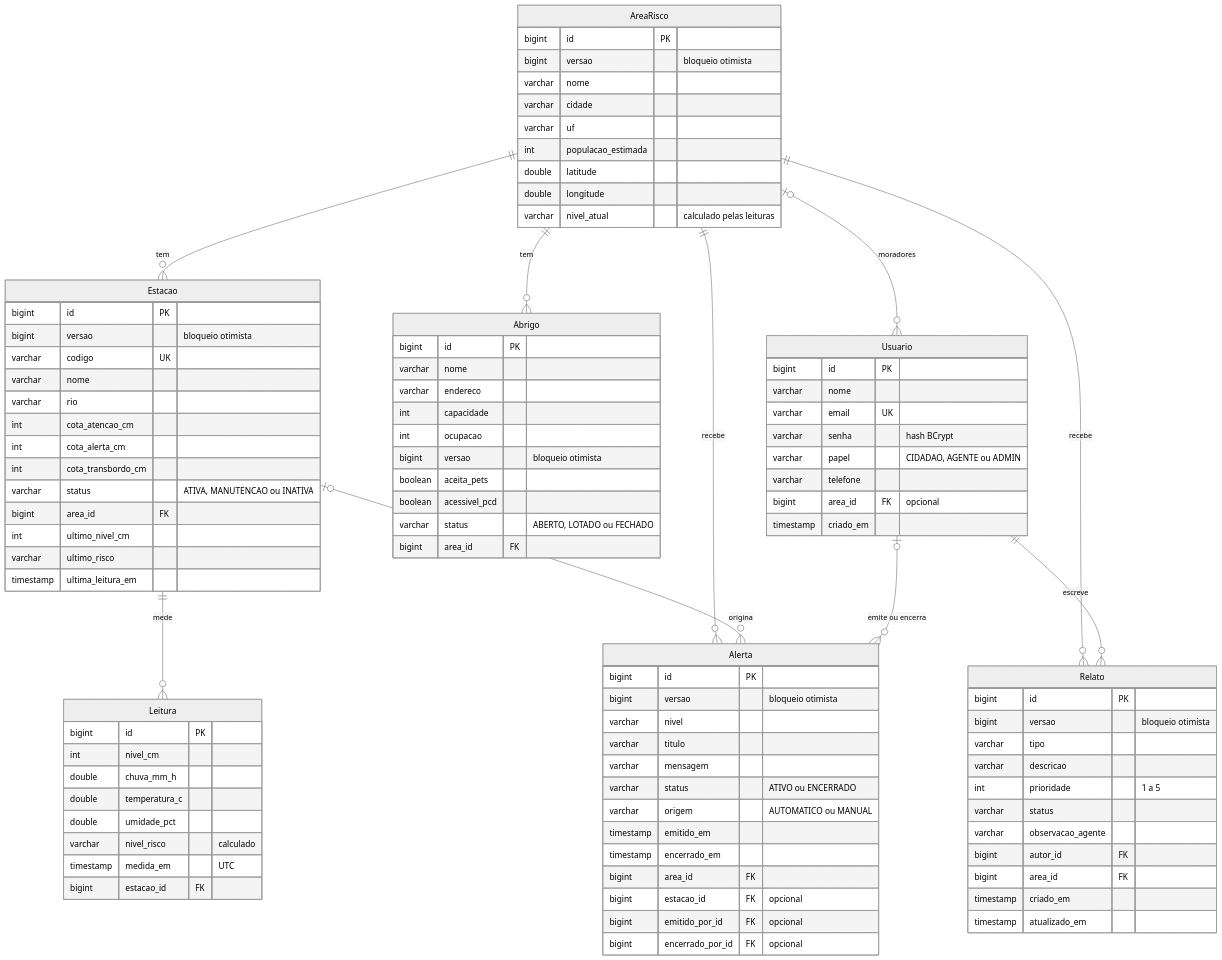
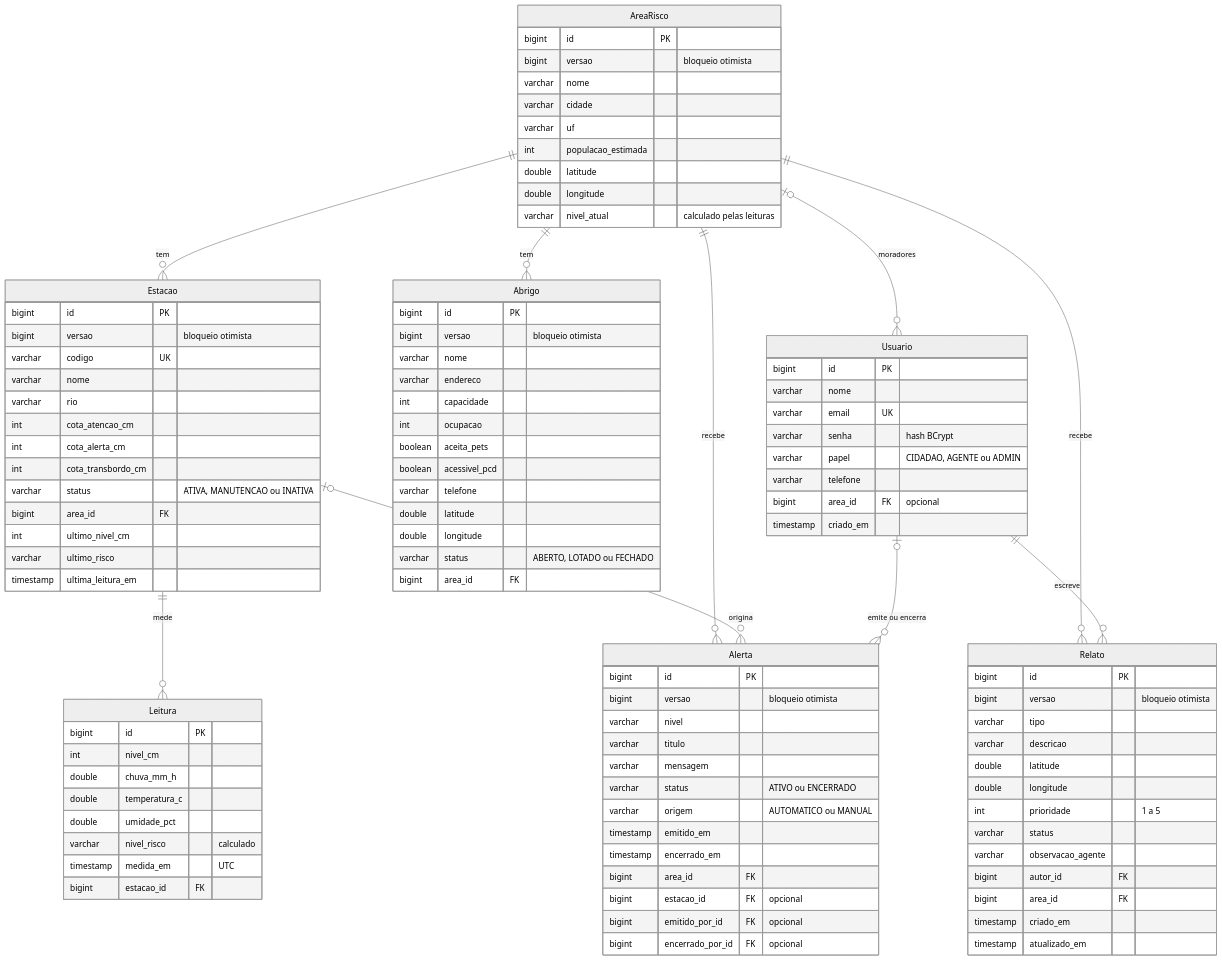
Before and after one commit to Raphael-Sinelli/guardario-api: the diagram in README.md, drawn with Mermaid (neutral theme). The commit also changed other lines of this file and 3 other files, not shown here.

Commit message:
fix: libera o HEAD no CORS, cita o Accept no README, completa o diagrama ER e põe o comentário do FOR UPDATE na consulta certa

```diff
--- a/README.md
+++ b/README.md
@@ -198,13 +198,16 @@
     }
     Abrigo {
         bigint id PK
+        bigint versao "bloqueio otimista"
         varchar nome
         varchar endereco
         int capacidade
         int ocupacao
-        bigint versao "bloqueio otimista"
         boolean aceita_pets
         boolean acessivel_pcd
+        varchar telefone
+        double latitude
+        double longitude
         varchar status "ABERTO, LOTADO ou FECHADO"
         bigint area_id FK
     }
@@ -213,6 +216,8 @@
         bigint versao "bloqueio otimista"
         varchar tipo
         varchar descricao
+        double latitude
+        double longitude
         int prioridade "1 a 5"
         varchar status
         varchar observacao_agente
```
